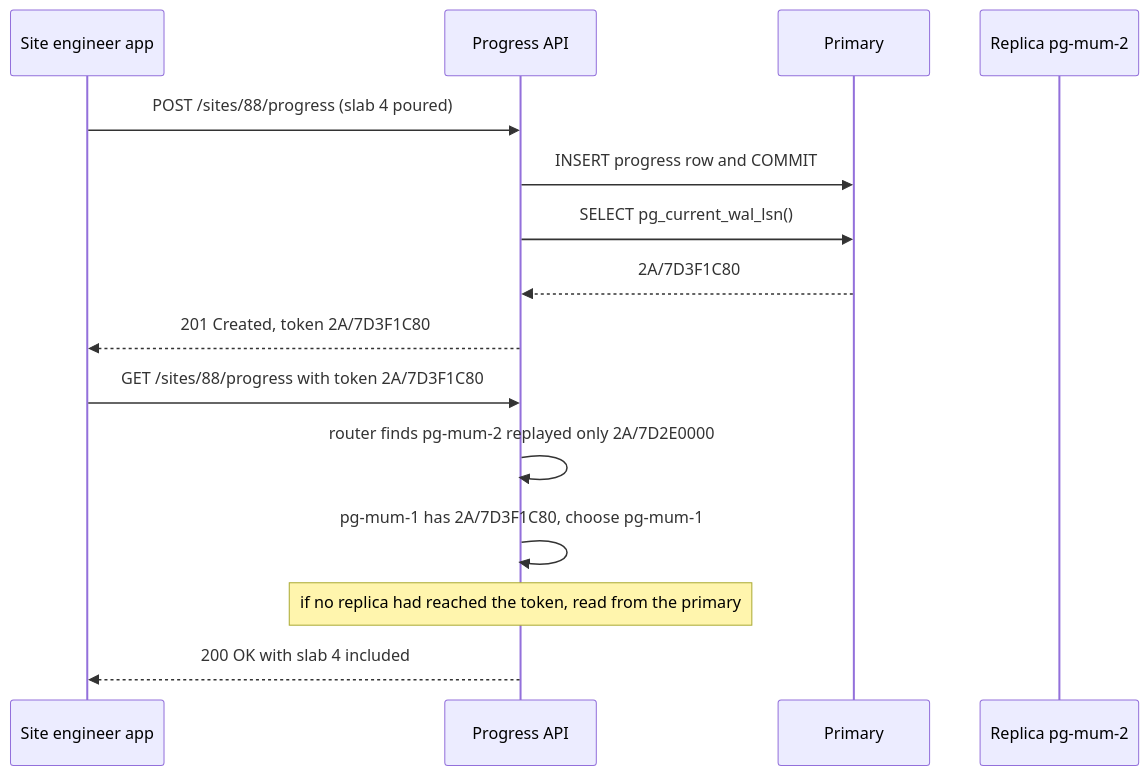
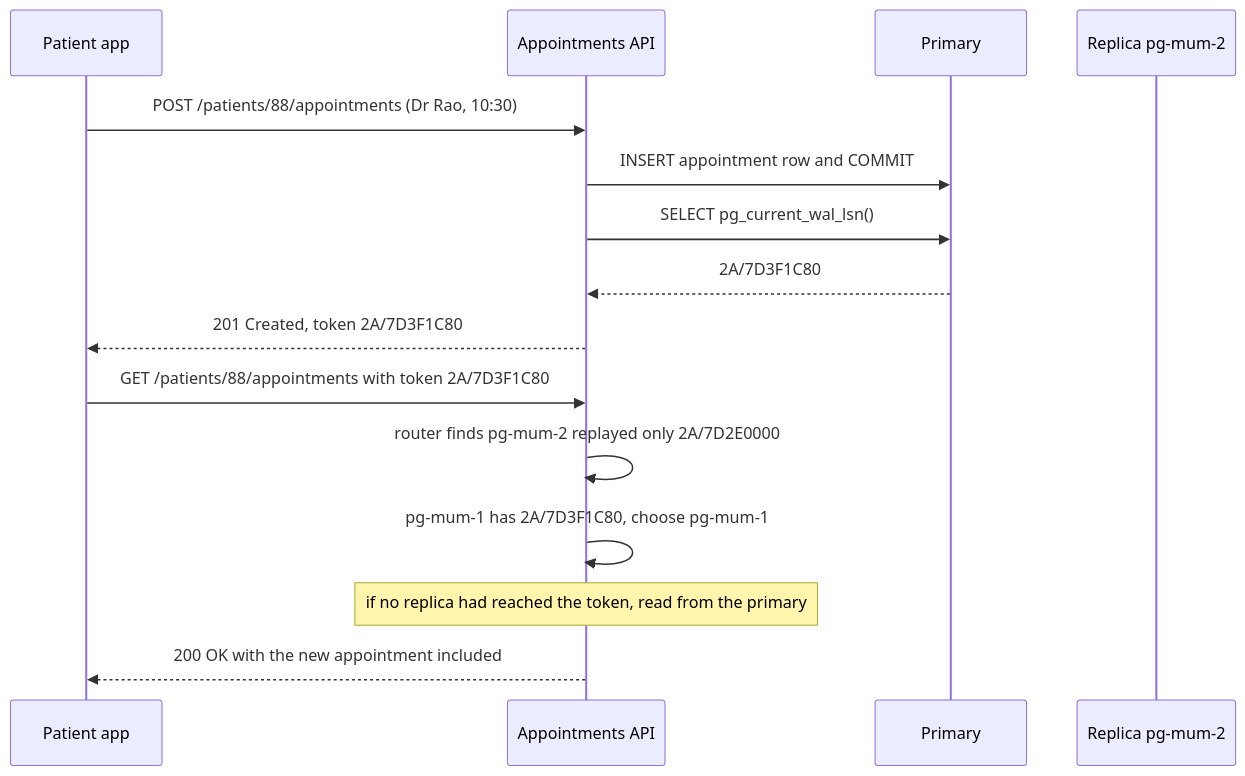
Before and after one commit to rizwi0786/system-design-lab: the second of 2 diagrams in content/lessons/m09/m09-replicas.md, drawn with Mermaid. The commit also changed other lines of this file and 334 other files, not shown here.

````diff
--- a/content/lessons/m09/m09-replicas.md
+++ b/content/lessons/m09/m09-replicas.md
@@ -186,17 +186,17 @@
 ```mermaid
 sequenceDiagram
-    participant App as Site engineer app
-    participant API as Progress API
+    participant App as Patient app
+    participant API as Appointments API
     participant P as Primary
     participant R as Replica pg-mum-2
-    App->>API: POST /sites/88/progress (slab 4 poured)
-    API->>P: INSERT progress row and COMMIT
+    App->>API: POST /patients/88/appointments (Dr Rao, 10:30)
+    API->>P: INSERT appointment row and COMMIT
     API->>P: SELECT pg_current_wal_lsn()
     P-->>API: 2A/7D3F1C80
     API-->>App: 201 Created, token 2A/7D3F1C80
-    App->>API: GET /sites/88/progress with token 2A/7D3F1C80
+    App->>API: GET /patients/88/appointments with token 2A/7D3F1C80
     API->>API: router finds pg-mum-2 replayed only 2A/7D2E0000
     API->>API: pg-mum-1 has 2A/7D3F1C80, choose pg-mum-1
     Note over API: if no replica had reached the token, read from the primary
-    API-->>App: 200 OK with slab 4 included
+    API-->>App: 200 OK with the new appointment included
 ```
````
